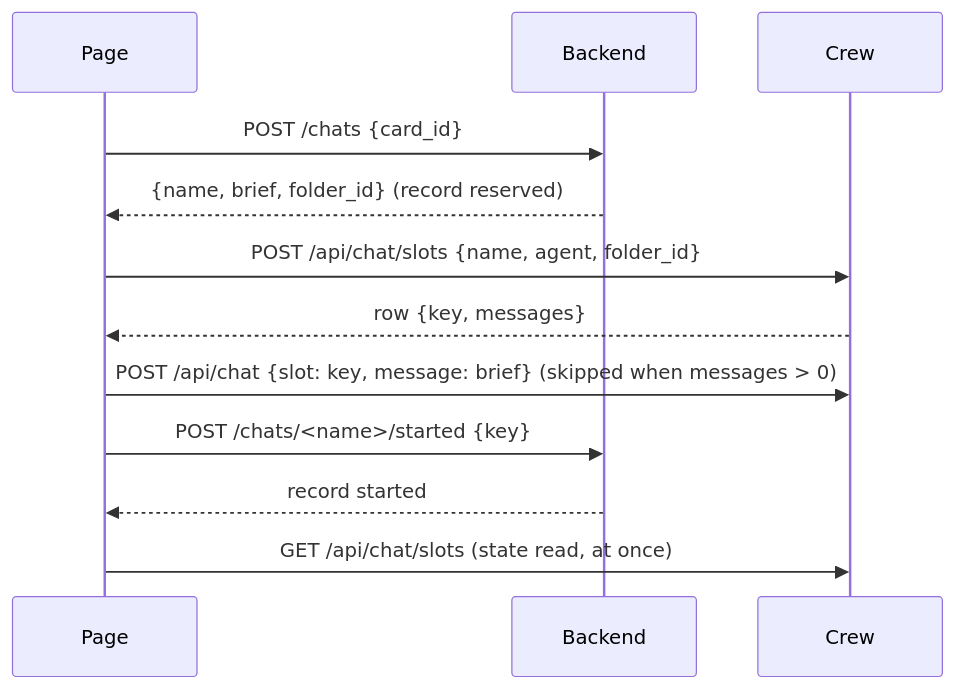
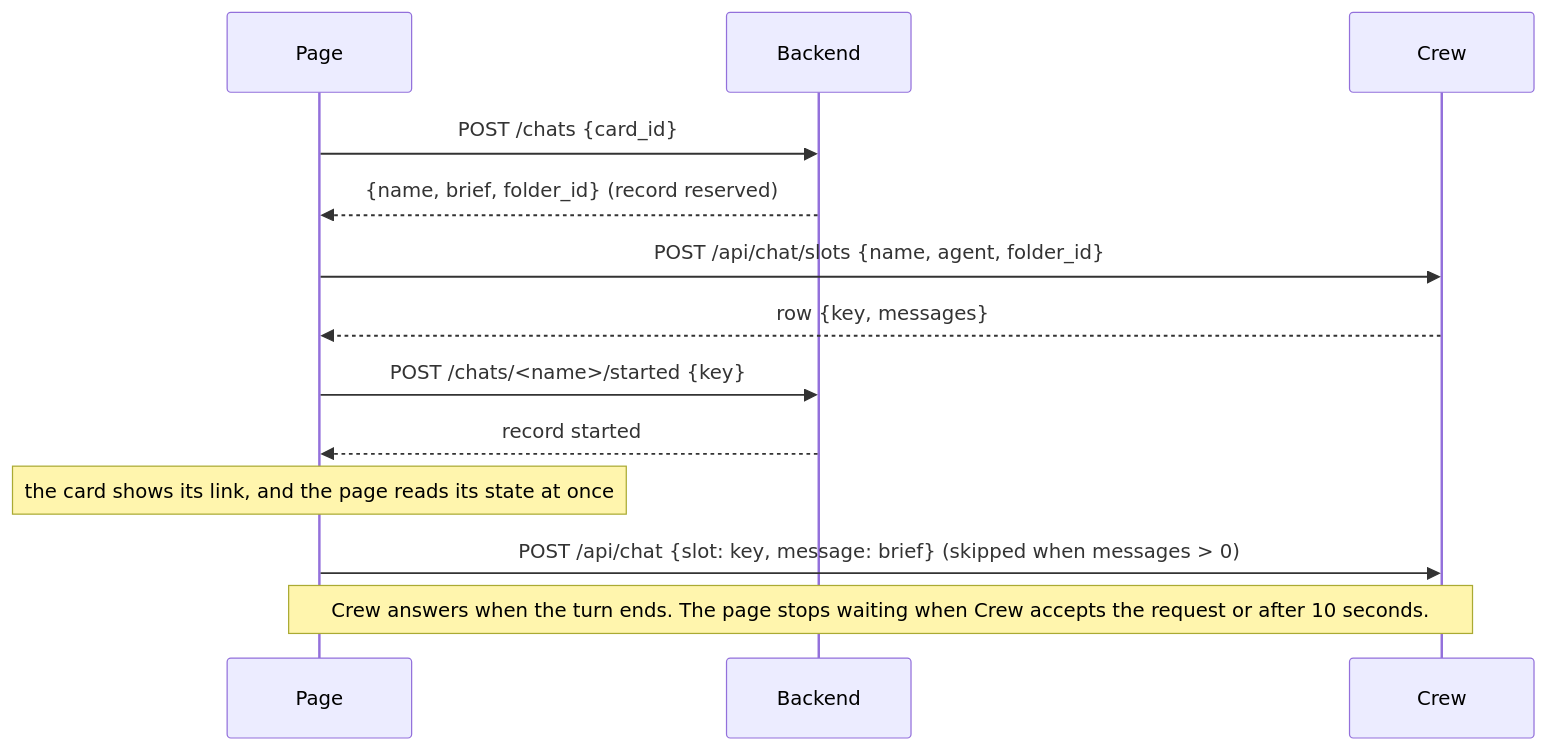
Before and after one commit to twotaco/epic-board: the second of 2 diagrams in .kiro/specs/start-a-story/design.md, drawn with Mermaid. The commit also changed other lines of this file and 12 other files, not shown here.

First line of the commit message:
Start a story: save the chat before the brief is sent

````diff
--- a/.kiro/specs/start-a-story/design.md
+++ b/.kiro/specs/start-a-story/design.md
@@ -62,14 +62,15 @@
 ```mermaid
 sequenceDiagram
     participant P as Page
     participant B as Backend
     participant G as Crew
     P->>B: POST /chats {card_id}
     B-->>P: {name, brief, folder_id}  (record reserved)
     P->>G: POST /api/chat/slots {name, agent, folder_id}
     G-->>P: row {key, messages}
-    P->>G: POST /api/chat {slot: key, message: brief}   (skipped when messages > 0)
     P->>B: POST /chats/<name>/started {key}
     B-->>P: record started
-    P->>G: GET /api/chat/slots  (state read, at once)
+    Note over P: the card shows its link, and the page reads its state at once
+    P->>G: POST /api/chat {slot: key, message: brief}   (skipped when messages > 0)
+    Note over P,G: Crew answers when the turn ends. The page stops waiting when Crew accepts the request or after 10 seconds.
 ```
````
